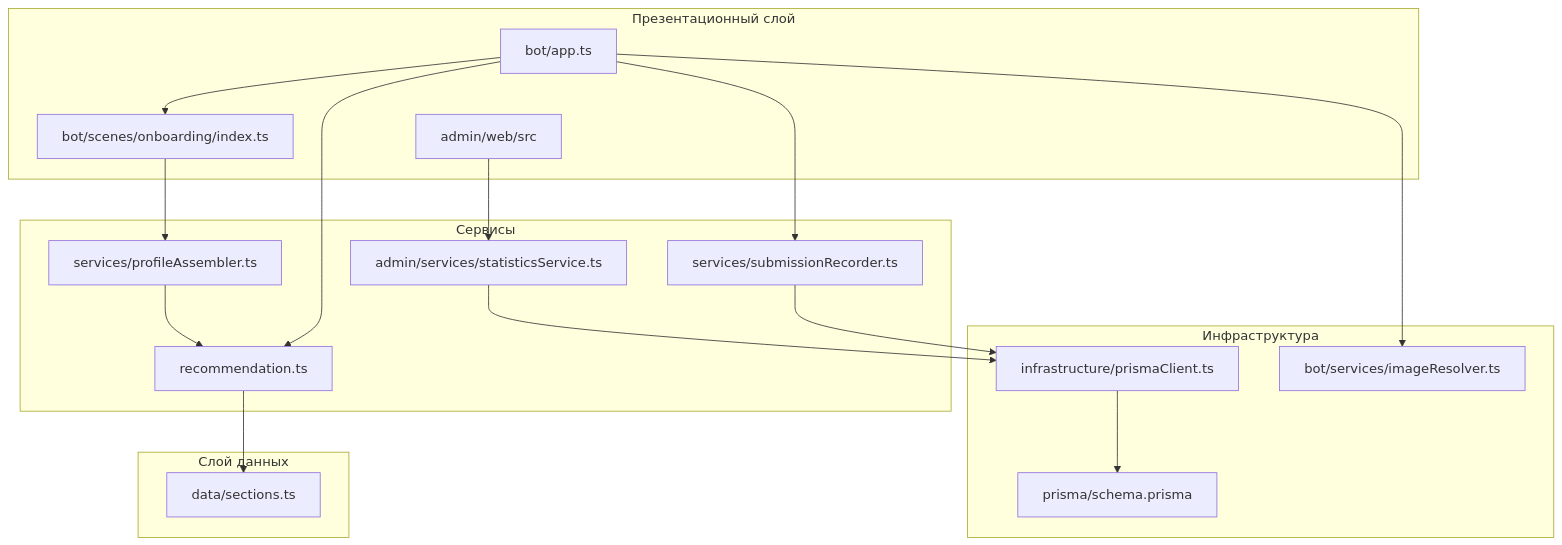
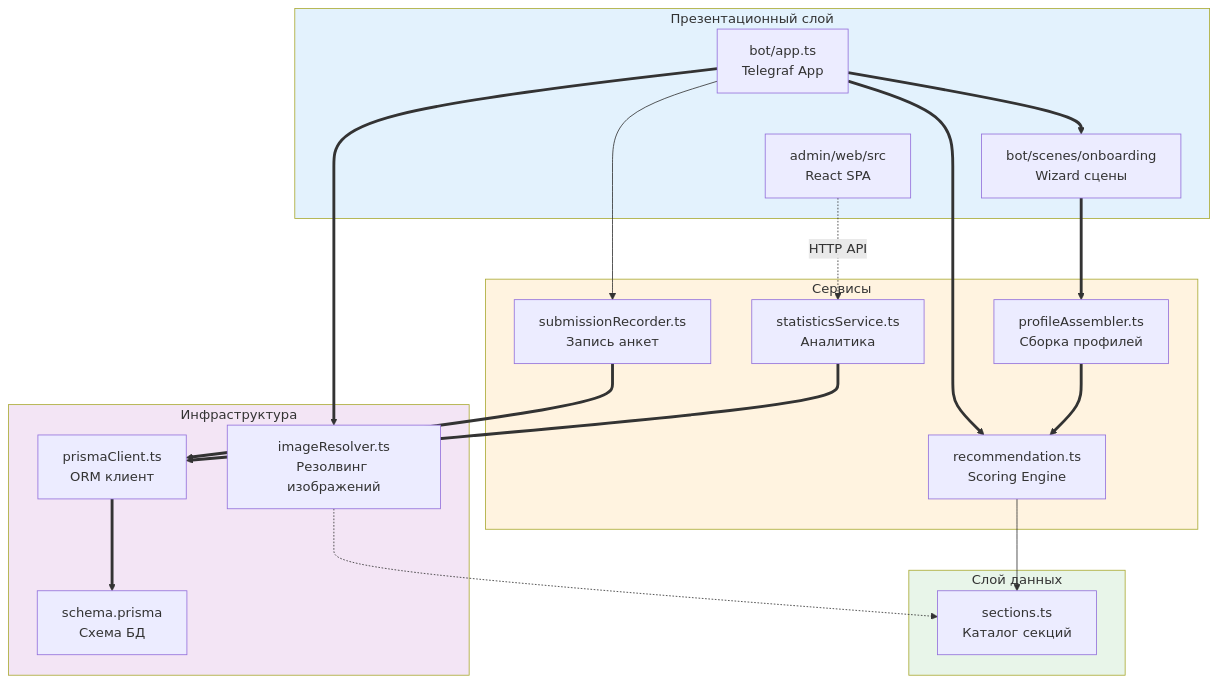
Before and after one commit to kotru21/bsuir: the fourth of 7 diagrams in README.md, drawn with Mermaid. The commit also changed other lines of this file, not shown here.

First line of the commit message:
Revise and expand README with updated diagrams and setup

````diff
--- a/README.md
+++ b/README.md
@@ -181,34 +228,47 @@
 ```mermaid
 flowchart TD
-   subgraph Презентационный слой
-      A["bot/app.ts"]
-      B["bot/scenes/onboarding/index.ts"]
-      C["admin/web/src"]
-   end
-   subgraph Сервисы
-      D["recommendation.ts"]
-      E["services/profileAssembler.ts"]
-      F["services/submissionRecorder.ts"]
-      G["admin/services/statisticsService.ts"]
-   end
-   subgraph Инфраструктура
-      H["infrastructure/prismaClient.ts"]
-      I["prisma/schema.prisma"]
-      J["bot/services/imageResolver.ts"]
-   end
-   subgraph Слой данных
-      K["data/sections.ts"]
+   subgraph Presentation["Презентационный слой"]
+      A["bot/app.ts<br/>Telegraf App"]
+      B["bot/scenes/onboarding<br/>Wizard сцены"]
+      C["admin/web/src<br/>React SPA"]
    end
 
-   A --> B
-   A --> D
-   B --> E
-   E --> D
-   F --> H
-   G --> H
-   H --> I
+   subgraph Services["Сервисы"]
+      D["recommendation.ts<br/>Scoring Engine"]
+      E["profileAssembler.ts<br/>Сборка профилей"]
+      F["submissionRecorder.ts<br/>Запись анкет"]
+      G["statisticsService.ts<br/>Аналитика"]
+   end
+
+   subgraph Infrastructure["Инфраструктура"]
+      H["prismaClient.ts<br/>ORM клиент"]
+      I["schema.prisma<br/>Схема БД"]
+      J["imageResolver.ts<br/>Резолвинг изображений"]
+   end
+
+   subgraph DataLayer["Слой данных"]
+      K["sections.ts<br/>Каталог секций"]
+   end
+
+   A ==> B
+   A ==> D
+   A ==> J
+   A --> F
+
+   B ==> E
+   E ==> D
+
+   C -.->|HTTP API| G
+
+   F ==> H
+   G ==> H
+   H ==> I
+
    D --> K
-   C --> G
-   A --> F
-   A --> J
+   J -.-> K
+
+   style Presentation fill:#e3f2fd
+   style Services fill:#fff3e0
+   style Infrastructure fill:#f3e5f5
+   style DataLayer fill:#e8f5e9
 ```
````
